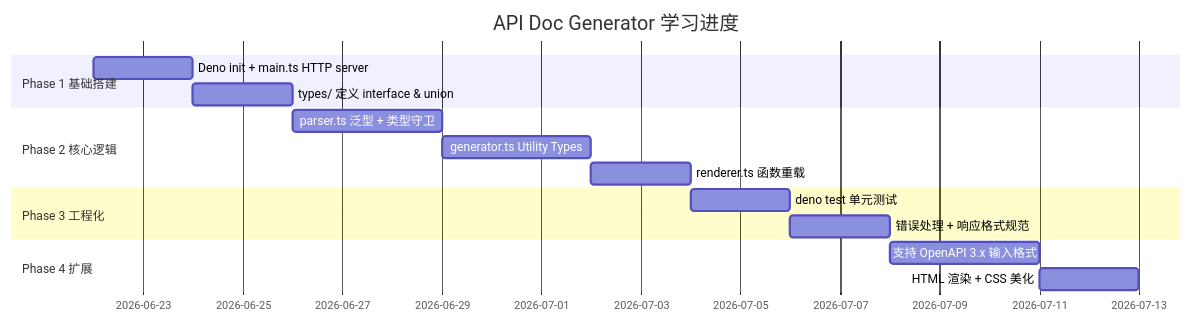
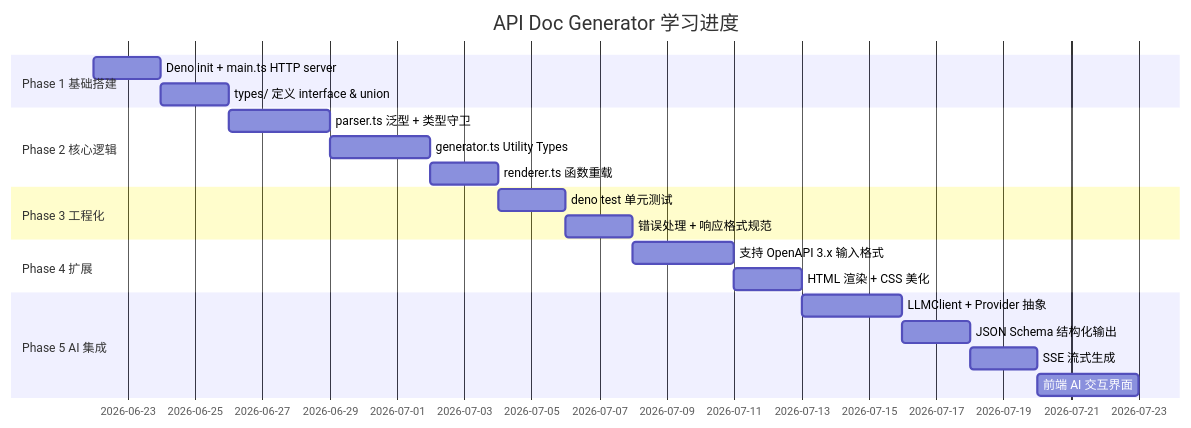
Before and after one commit to phaethix/api-doc-generator: the fourth of 4 diagrams in docs/api-doc-generator-whitepaper.md, drawn with Mermaid. The commit also changed other lines of this file, not shown here.

````diff
--- a/docs/api-doc-generator-whitepaper.md
+++ b/docs/api-doc-generator-whitepaper.md
@@ -249,18 +446,23 @@
 ```mermaid
 gantt
     title API Doc Generator 学习进度
     dateFormat  YYYY-MM-DD
     section Phase 1 基础搭建
     Deno init + main.ts HTTP server   :p1a, 2026-06-22, 2d
     types/ 定义 interface & union     :p1b, after p1a, 2d
     section Phase 2 核心逻辑
     parser.ts 泛型 + 类型守卫         :p2a, after p1b, 3d
     generator.ts Utility Types        :p2b, after p2a, 3d
     renderer.ts 函数重载              :p2c, after p2b, 2d
     section Phase 3 工程化
     deno test 单元测试                :p3a, after p2c, 2d
     错误处理 + 响应格式规范            :p3b, after p3a, 2d
     section Phase 4 扩展
     支持 OpenAPI 3.x 输入格式         :p4a, after p3b, 3d
     HTML 渲染 + CSS 美化              :p4b, after p4a, 2d
+    section Phase 5 AI 集成
+    LLMClient + Provider 抽象         :p5a, after p4b, 3d
+    JSON Schema 结构化输出            :p5b, after p5a, 2d
+    SSE 流式生成                      :p5c, after p5b, 2d
+    前端 AI 交互界面                  :p5d, after p5c, 3d
 ```
````
